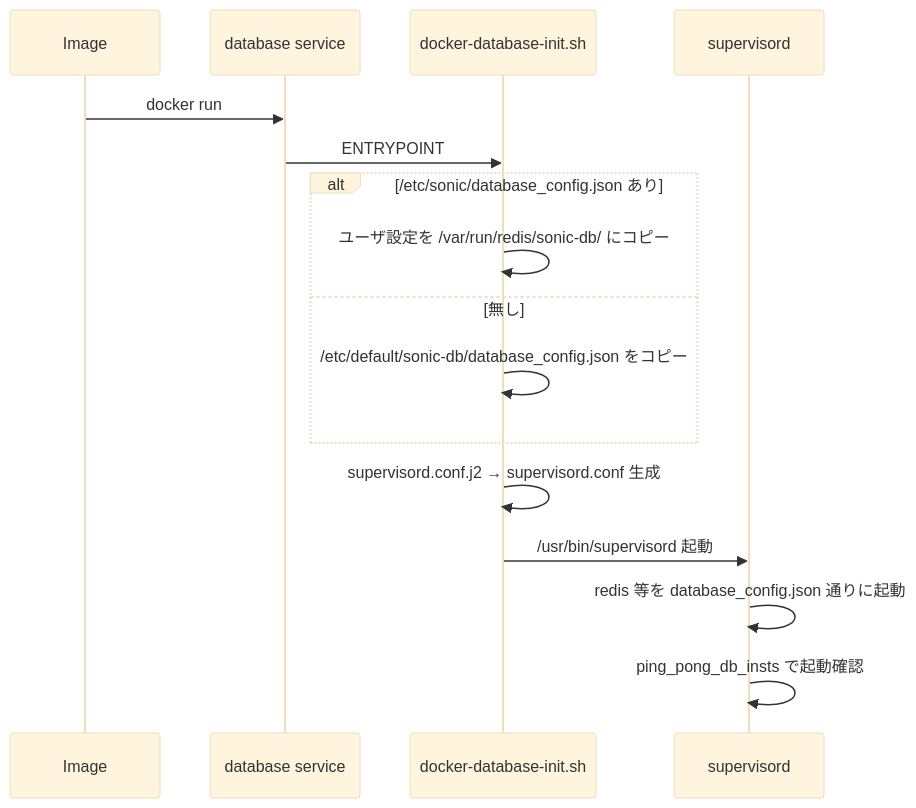
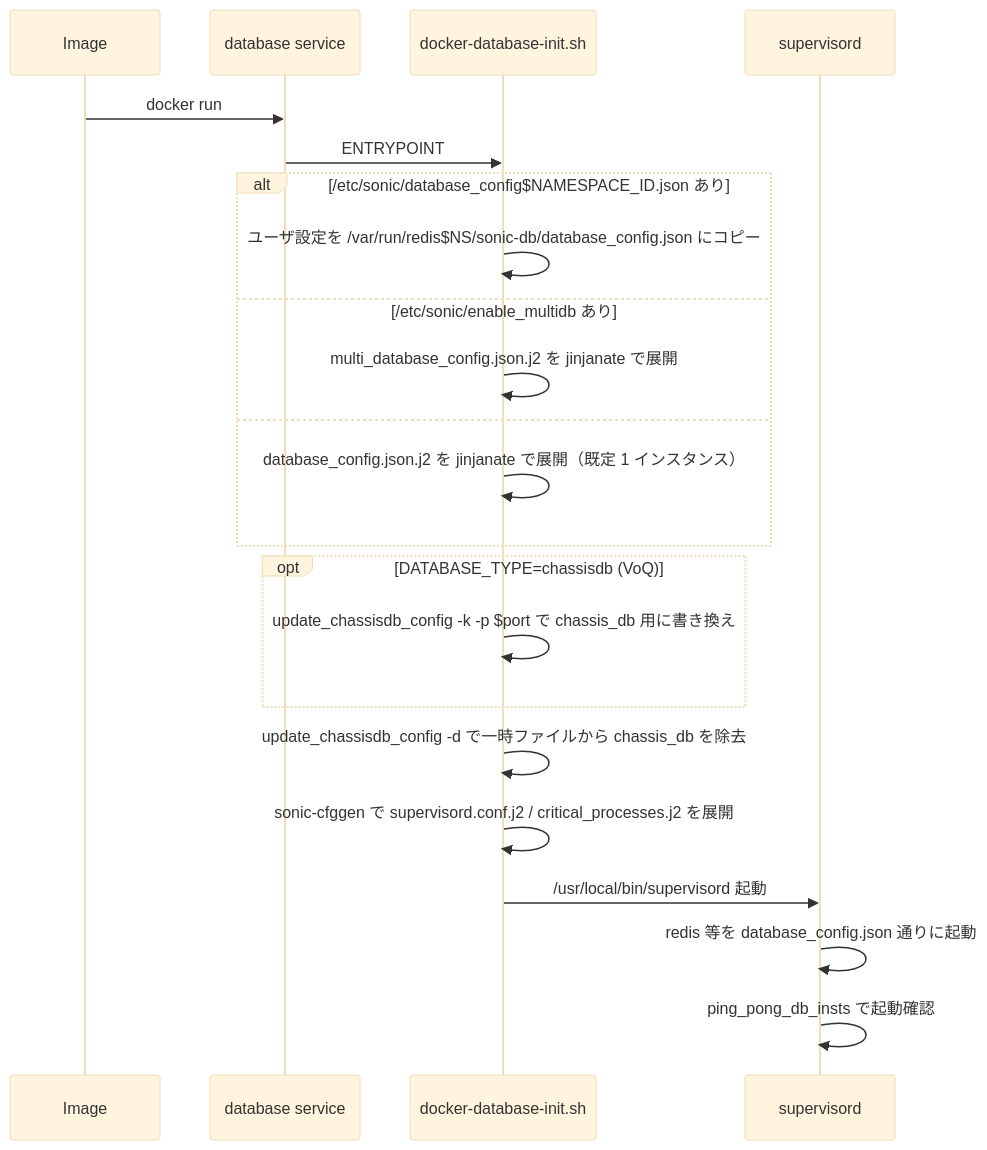
Before and after one commit to aoki-taquan/sonic-unofficial-docs: the diagram in docs/internals/support-multiple-user-defined-redis-database-instances.md, drawn with Mermaid (base theme). The commit also changed other lines of this file and 23 other files, not shown here.

````diff
--- a/docs/internals/support-multiple-user-defined-redis-database-instances.md
+++ b/docs/internals/support-multiple-user-defined-redis-database-instances.md
@@ -108,18 +107,24 @@
 ```mermaid
 sequenceDiagram
   participant Image
   participant DBSvc as database service
   participant DI as docker-database-init.sh
   participant SUP as supervisord
   Image->>DBSvc: docker run
   DBSvc->>DI: ENTRYPOINT
-  alt /etc/sonic/database_config.json あり
-    DI->>DI: ユーザ設定を /var/run/redis/sonic-db/ にコピー
-  else 無し
-    DI->>DI: /etc/default/sonic-db/database_config.json をコピー
+  alt /etc/sonic/database_config$NAMESPACE_ID.json あり
+    DI->>DI: ユーザ設定を /var/run/redis$NS/sonic-db/database_config.json にコピー
+  else /etc/sonic/enable_multidb あり
+    DI->>DI: multi_database_config.json.j2 を jinjanate で展開
+  else
+    DI->>DI: database_config.json.j2 を jinjanate で展開（既定 1 インスタンス）
   end
-  DI->>DI: supervisord.conf.j2 → supervisord.conf 生成
-  DI->>SUP: /usr/bin/supervisord 起動
+  opt DATABASE_TYPE=chassisdb (VoQ)
+    DI->>DI: update_chassisdb_config -k -p $port で chassis_db 用に書き換え
+  end
+  DI->>DI: update_chassisdb_config -d で一時ファイルから chassis_db を除去
+  DI->>DI: sonic-cfggen で supervisord.conf.j2 / critical_processes.j2 を展開
+  DI->>SUP: /usr/local/bin/supervisord 起動
   SUP->>SUP: redis 等を database_config.json 通りに起動
   SUP->>SUP: ping_pong_db_insts で起動確認
 ```
````
